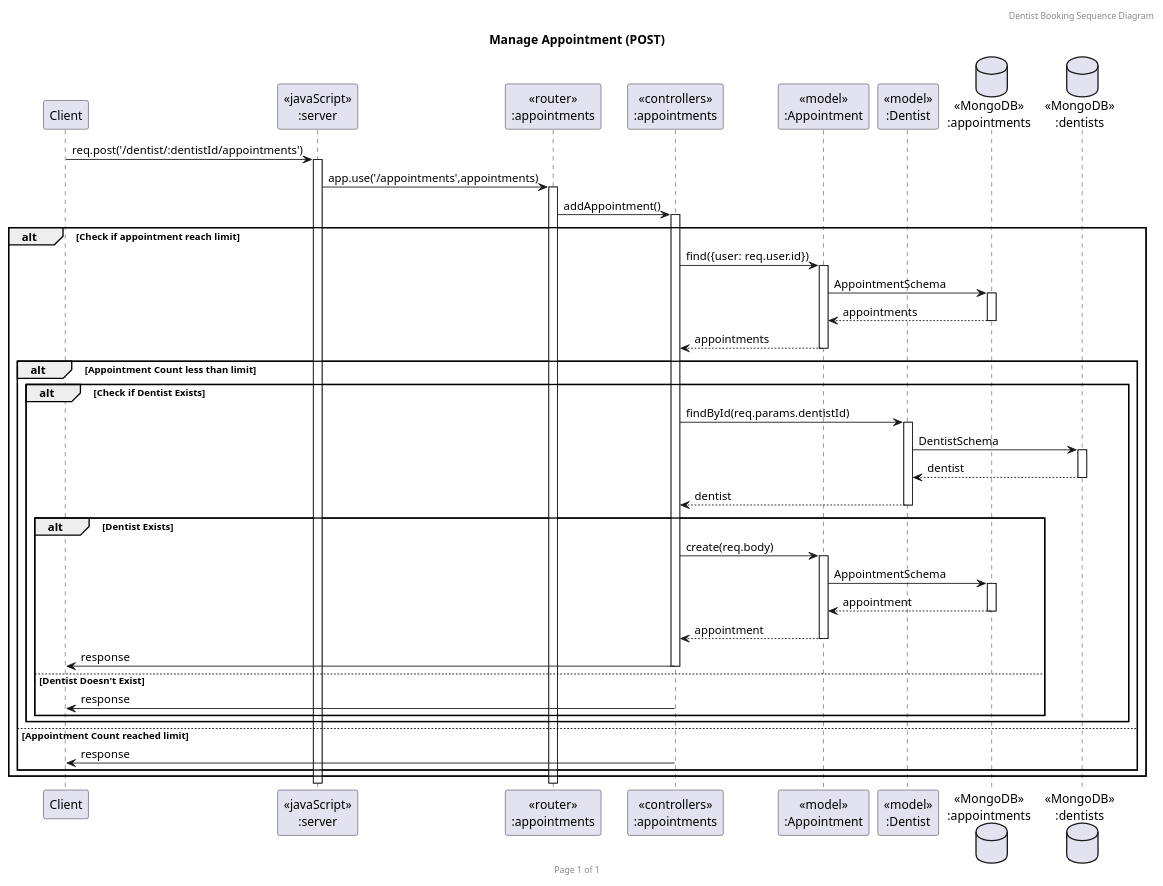
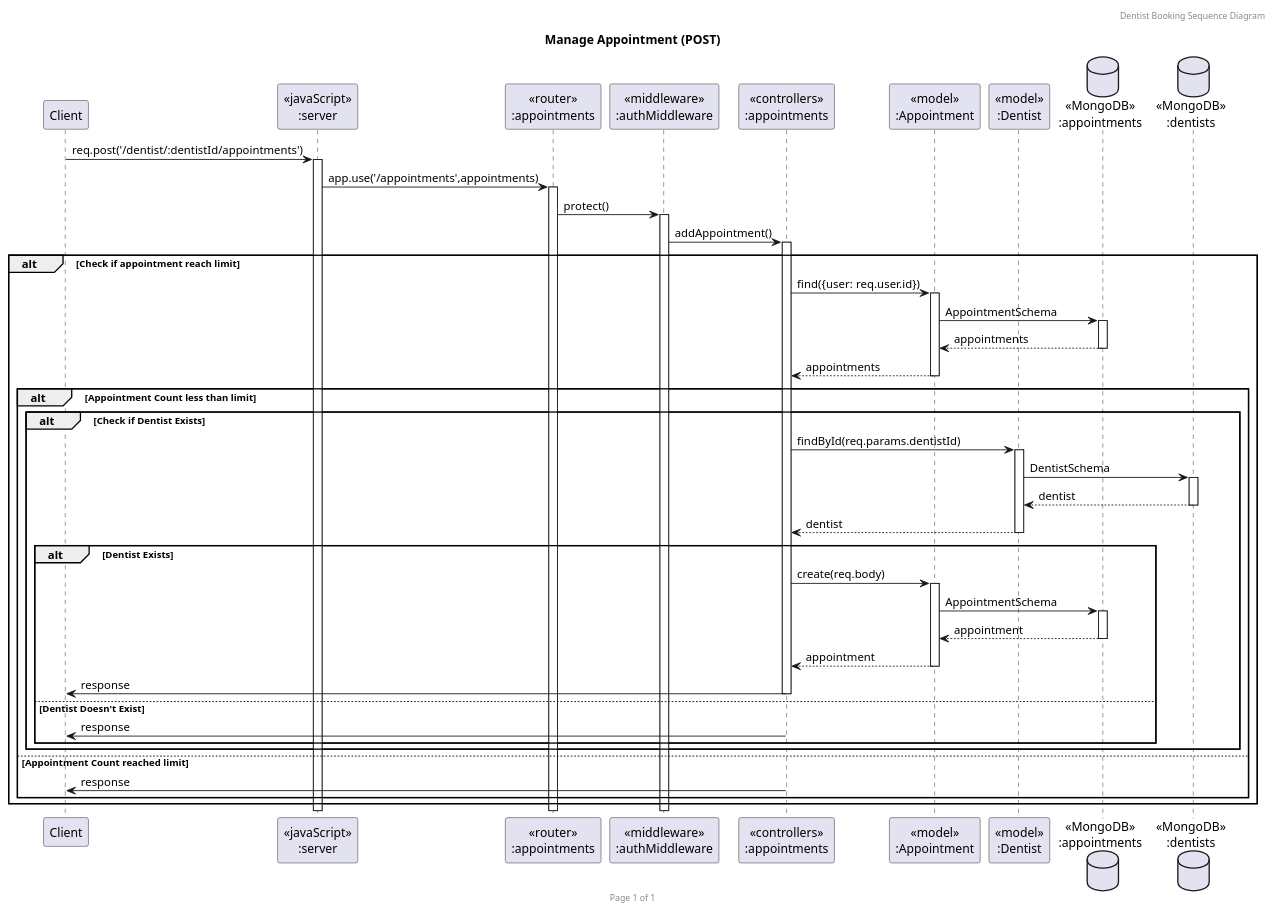
One commit to KoalaMuch/DentistBooking changed the diagram in doc/sequence_diagram/AddAppointment.puml. Above: the diagram before and after it, drawn with PlantUML. The commit also changed 10 other files, not shown here.

Commit message:
add middleware in seq diagram

```diff
--- a/doc/sequence_diagram/AddAppointment.puml
+++ b/doc/sequence_diagram/AddAppointment.puml
@@ -1,46 +1,48 @@
 @startuml Manage Appointment (POST)
 
 header Dentist Booking Sequence Diagram
 footer Page %page% of %lastpage%
 title "Manage Appointment (POST)"
 
 participant "Client" as client
 participant "<<javaScript>>\n:server" as server
 participant "<<router>>\n:appointments" as routerAppointments
+participant "<<middleware>>\n:authMiddleware" as authMiddleware
 participant "<<controllers>>\n:appointments" as controllersAppointments
 participant "<<model>>\n:Appointment" as modelAppointment
 participant "<<model>>\n:Dentist" as modelDentist
 database "<<MongoDB>>\n:appointments" as AppointmentsDatabase
 database "<<MongoDB>>\n:dentists" as DentistsDatabase
 
 client->server ++:req.post('/dentist/:dentistId/appointments')
 server->routerAppointments ++:app.use('/appointments',appointments)
-routerAppointments -> controllersAppointments ++:addAppointment()
+routerAppointments->authMiddleware ++:protect()
+authMiddleware->controllersAppointments ++:addAppointment()
 
 alt Check if appointment reach limit
     controllersAppointments->modelAppointment ++:find({user: req.user.id})
     modelAppointment ->AppointmentsDatabase ++: AppointmentSchema
     AppointmentsDatabase --> modelAppointment --: appointments
     controllersAppointments <-- modelAppointment --:appointments
     alt Appointment Count less than limit
         alt Check if Dentist Exists
             controllersAppointments->modelDentist ++:findById(req.params.dentistId)
             modelDentist -> DentistsDatabase ++: DentistSchema
             DentistsDatabase --> modelDentist --: dentist
             controllersAppointments <-- modelDentist --:dentist
             alt Dentist Exists
                 controllersAppointments->modelAppointment ++:create(req.body)
                 modelAppointment ->AppointmentsDatabase ++: AppointmentSchema
                 AppointmentsDatabase --> modelAppointment --: appointment
                 controllersAppointments <-- modelAppointment --:appointment
                 controllersAppointments->client --:response
             else Dentist Doesn't Exist
                 controllersAppointments->client --:response
             end
         end
     else Appointment Count reached limit
         controllersAppointments->client --:response
     end
 end
 
 @enduml
```
